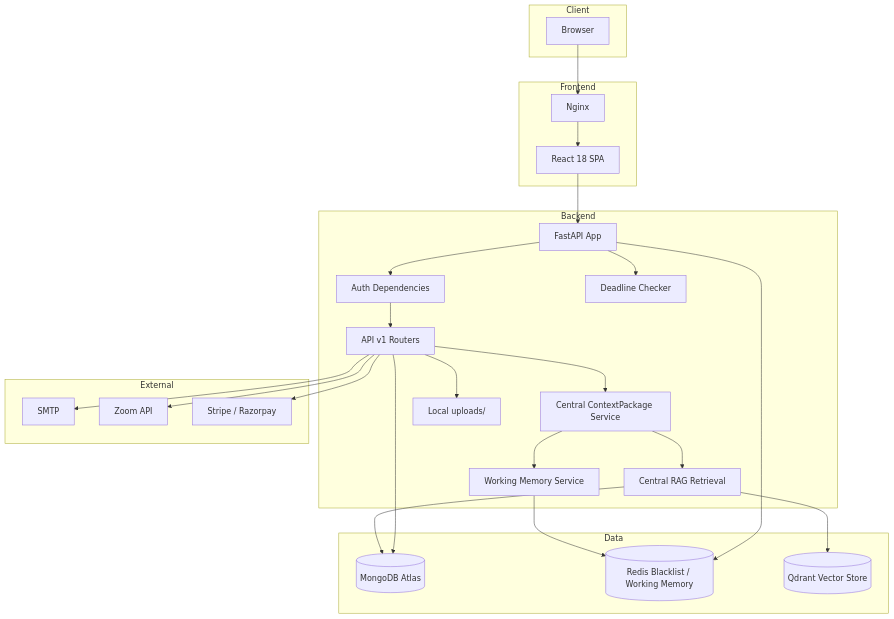
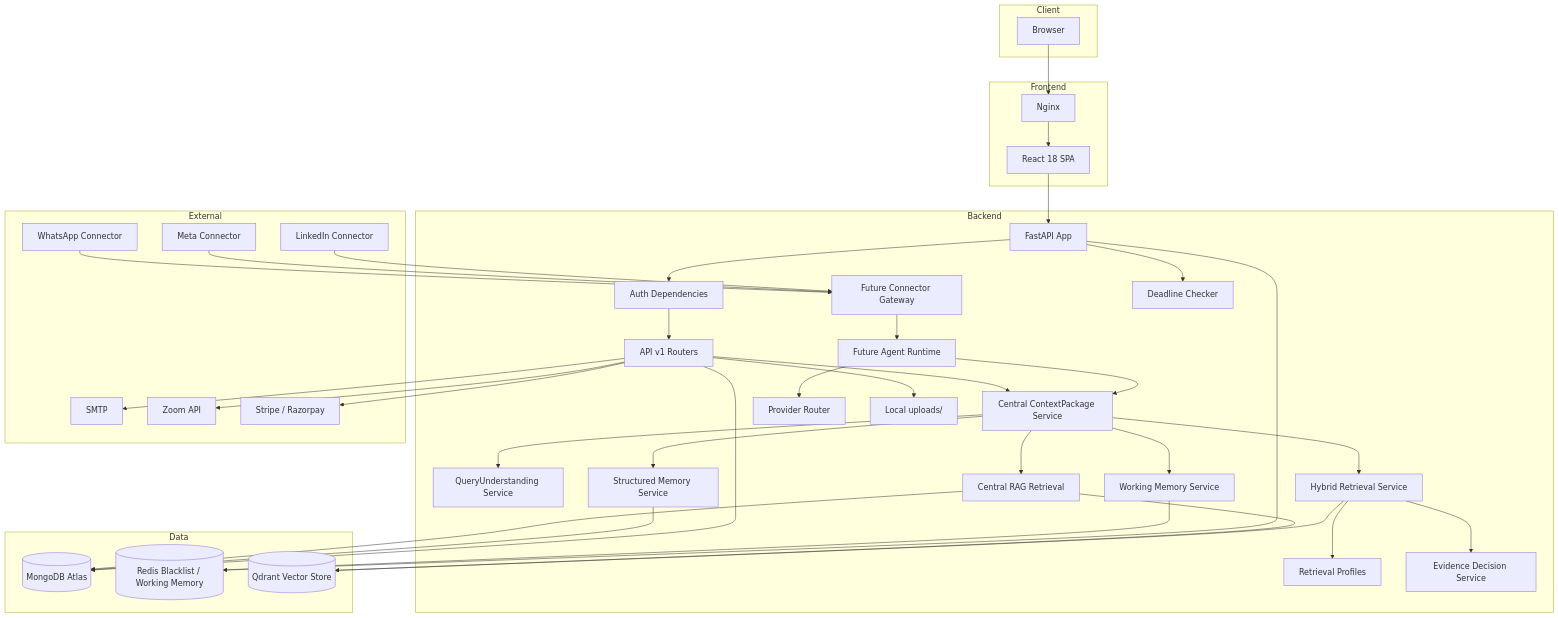
Before and after one commit to Shivakushwah143/SynTask: the first of 4 diagrams in docs/diagrams/architecture.md, drawn with Mermaid. The commit also changed other lines of this file and 39 other files, not shown here.

````diff
--- a/docs/diagrams/architecture.md
+++ b/docs/diagrams/architecture.md
@@ -3,51 +3,75 @@
 ```mermaid
 flowchart TB
     subgraph Client
         Browser[Browser]
     end
 
     subgraph Frontend
         Nginx[Nginx]
         React[React 18 SPA]
     end
 
     subgraph Backend
         FastAPI[FastAPI App]
         Auth[Auth Dependencies]
         Routers[API v1 Routers]
         ContextPackage[Central ContextPackage Service]
+        QueryUnderstanding[QueryUnderstanding Service]
+        StructuredMemory[Structured Memory Service]
         WorkingMemory[Working Memory Service]
         RAG[Central RAG Retrieval]
+        HybridRAG[Hybrid Retrieval Service]
+        Profiles[Retrieval Profiles]
+        Evidence[Evidence Decision Service]
+        ProviderRouter[Provider Router]
+        AgentRuntime[Future Agent Runtime]
+        ConnectorGateway[Future Connector Gateway]
         Uploads[Local uploads/]
         Deadline[Deadline Checker]
     end
 
     subgraph Data
         Mongo[(MongoDB Atlas)]
         Redis[(Redis Blacklist / Working Memory)]
         Qdrant[(Qdrant Vector Store)]
     end
 
     subgraph External
         SMTP[SMTP]
         Zoom[Zoom API]
         Payments[Stripe / Razorpay]
+        WhatsApp[WhatsApp Connector]
+        Meta[Meta Connector]
+        LinkedIn[LinkedIn Connector]
     end
 
     Browser --> Nginx --> React
     React --> FastAPI
     FastAPI --> Auth --> Routers
     Routers --> ContextPackage
+    ContextPackage --> QueryUnderstanding
+    ContextPackage --> StructuredMemory
     ContextPackage --> WorkingMemory
     ContextPackage --> RAG
+    ContextPackage --> HybridRAG
+    HybridRAG --> Profiles
+    HybridRAG --> Evidence
+    AgentRuntime --> ContextPackage
+    AgentRuntime --> ProviderRouter
+    ConnectorGateway --> AgentRuntime
     WorkingMemory --> Redis
     RAG --> Qdrant
+    HybridRAG --> Qdrant
     RAG --> Mongo
+    StructuredMemory --> Mongo
     Routers --> Mongo
     FastAPI --> Redis
     Routers --> Uploads
     FastAPI --> Deadline
     Routers --> SMTP
     Routers --> Zoom
     Routers --> Payments
+    WhatsApp --> ConnectorGateway
+    Meta --> ConnectorGateway
+    LinkedIn --> ConnectorGateway
 ```
````
